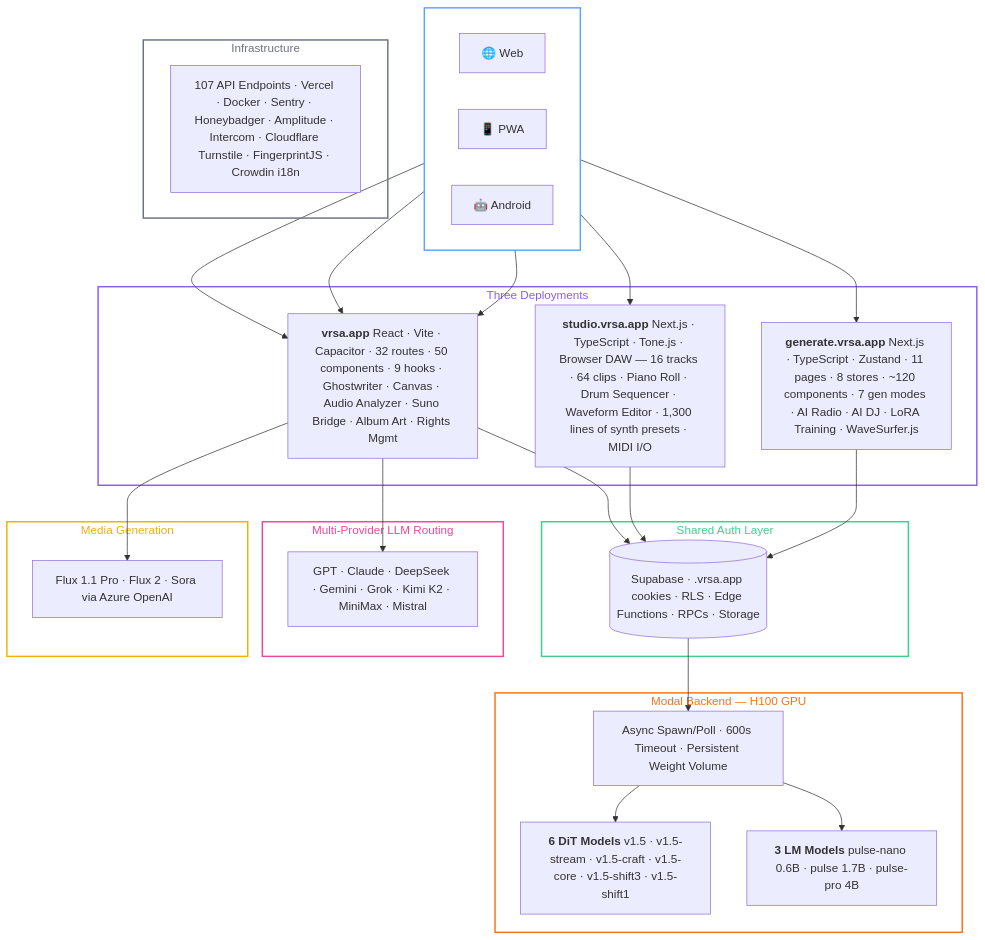
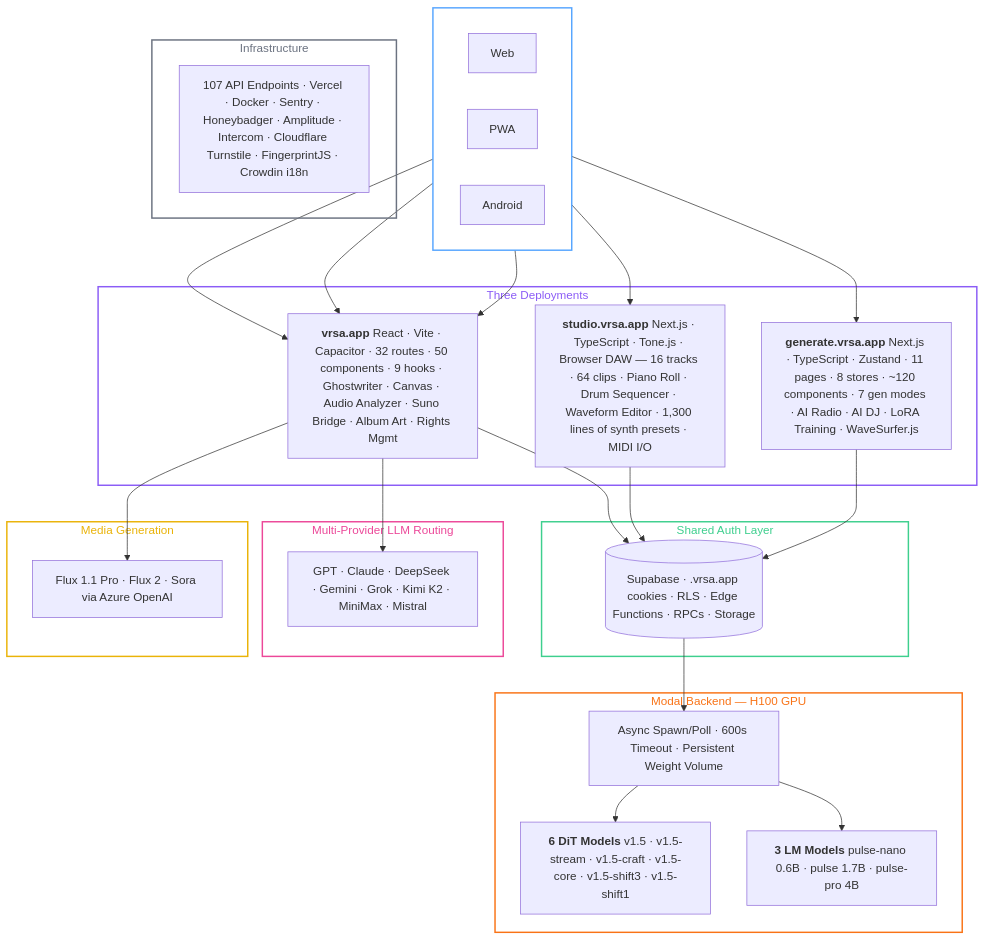
The diagram in readme.md (theelderemo/theelderemo), drawn with Mermaid before and after one commit. The commit also changed other lines of this file and 6 other files, not shown here.

````diff
--- a/readme.md
+++ b/readme.md
@@ -70,59 +69,59 @@
 ```mermaid
 graph TB
     subgraph USER [" "]
         direction LR
-        Web["🌐 Web"]
-        PWA["📱 PWA"]
-        Android["🤖 Android"]
+        Web["Web"]
+        PWA["PWA"]
+        Android["Android"]
     end
 
     Web & PWA & Android --> A
 
     subgraph APPS ["Three Deployments"]
         A["<b>vrsa.app</b> React · Vite · Capacitor · 32 routes · 50 components · 9 hooks · Ghostwriter · Canvas · Audio Analyzer · Suno Bridge · Album Art · Rights Mgmt"]
 
         B["<b>studio.vrsa.app</b> Next.js · TypeScript · Tone.js · Browser DAW — 16 tracks · 64 clips · Piano Roll · Drum Sequencer · Waveform Editor · 1,300 lines of synth presets · MIDI I/O"]
 
         C["<b>generate.vrsa.app</b> Next.js · TypeScript · Zustand · 11 pages · 8 stores · ~120 components · 7 gen modes · AI Radio · AI DJ · LoRA Training · WaveSurfer.js"]
     end
 
     Web --> B & C
 
     subgraph AUTH ["Shared Auth Layer"]
         D[("Supabase · .vrsa.app cookies · RLS · Edge Functions · RPCs · Storage")]
     end
 
     A & B & C --> D
 
     subgraph GPU ["Modal Backend — H100 GPU"]
         E["Async Spawn/Poll · 600s Timeout · Persistent Weight Volume"]
         E --> F["<b>6 DiT Models</b> v1.5 · v1.5-stream · v1.5-craft · v1.5-core · v1.5-shift3 · v1.5-shift1"]
         E --> G["<b>3 LM Models</b> pulse-nano 0.6B · pulse 1.7B · pulse-pro 4B"]
     end
 
     D --> E
 
     subgraph LLM ["Multi-Provider LLM Routing"]
         H["GPT · Claude · DeepSeek · Gemini · Grok · Kimi K2 · MiniMax · Mistral"]
     end
 
     A --> H
 
     subgraph MEDIA ["Media Generation"]
         I["Flux 1.1 Pro · Flux 2 · Sora via Azure OpenAI"]
     end
 
     A --> I
 
     subgraph INFRA ["Infrastructure"]
         J["107 API Endpoints · Vercel · Docker · Sentry · Honeybadger · Amplitude · Intercom · Cloudflare Turnstile · FingerprintJS · Crowdin i18n"]
     end
 
     style USER fill:transparent,stroke:#58A6FF,stroke-width:2px,color:#58A6FF
     style APPS fill:transparent,stroke:#8B5CF6,stroke-width:2px,color:#8B5CF6
     style AUTH fill:transparent,stroke:#3ECF8E,stroke-width:2px,color:#3ECF8E
     style GPU fill:transparent,stroke:#F97316,stroke-width:2px,color:#F97316
     style LLM fill:transparent,stroke:#EC4899,stroke-width:2px,color:#EC4899
     style MEDIA fill:transparent,stroke:#EAB308,stroke-width:2px,color:#EAB308
     style INFRA fill:transparent,stroke:#6B7280,stroke-width:2px,color:#6B7280
 ```
````
